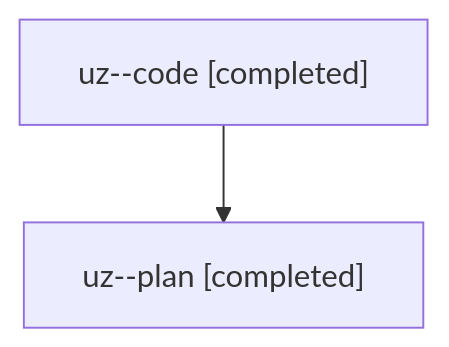
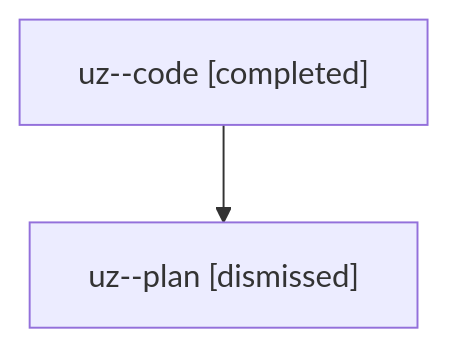
Before and after one commit to sase-org/sase--agents: the diagram in families/bbugyi200.athena.uz.md, drawn with Mermaid. The commit also changed other lines of this file and 1506 other files, not shown here.

````diff
--- a/families/bbugyi200.athena.uz.md
+++ b/families/bbugyi200.athena.uz.md
@@ -9,6 +9,6 @@
 ```mermaid
 flowchart TD
   n0["uz--code [completed]"]
-  n1["uz--plan [completed]"]
+  n1["uz--plan [dismissed]"]
   n0 --> n1
 ```
````
